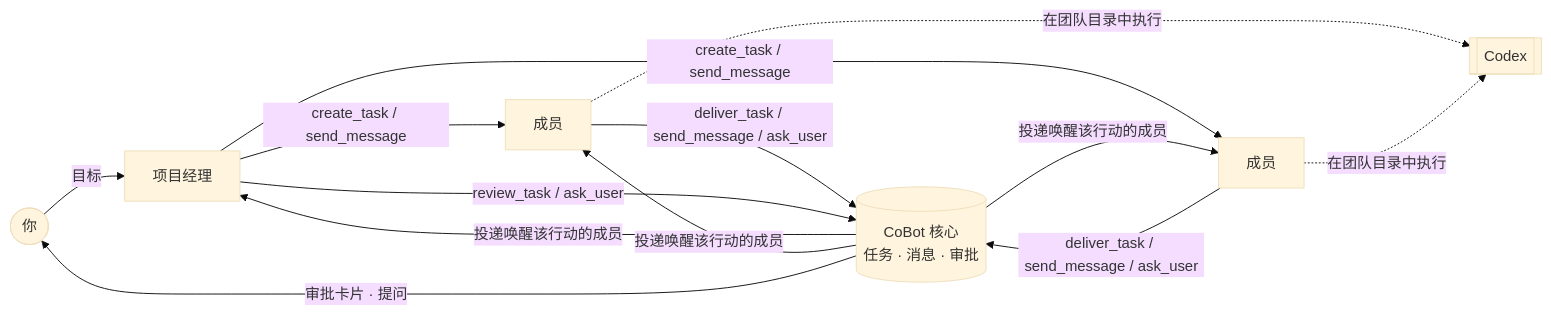
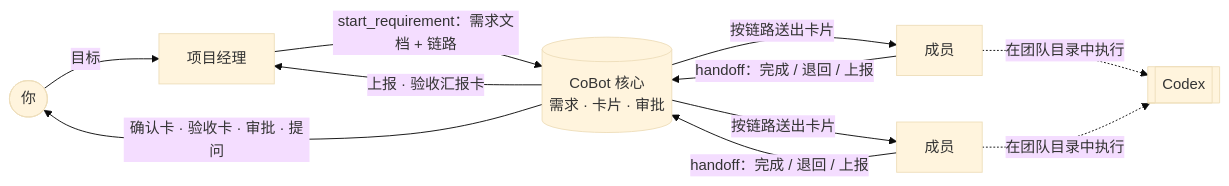
Before and after one commit to kunghim/CoBot: the diagram in README.zh-CN.md, drawn with Mermaid (base theme). The commit also changed other lines of this file and 78 other files, not shown here.

````diff
--- a/README.zh-CN.md
+++ b/README.zh-CN.md
@@ -33,11 +33,10 @@
 ```mermaid
 flowchart LR
     U([你]) -->|目标| L[项目经理]
-    L -->|create_task / send_message| M1[成员]
-    L -->|create_task / send_message| M2[成员]
-    M1 & M2 -->|deliver_task / send_message / ask_user| C[(CoBot 核心<br/>任务 · 消息 · 审批)]
-    L -->|review_task / ask_user| C
-    C -->|投递唤醒该行动的成员| L & M1 & M2
-    C -->|审批卡片 · 提问| U
+    L -->|start_requirement：需求文档 + 链路| C[(CoBot 核心<br/>需求 · 卡片 · 审批)]
+    C -->|按链路送出卡片| M1[成员] & M2[成员]
+    M1 & M2 -->|handoff：完成 / 退回 / 上报| C
+    C -->|上报 · 验收汇报卡| L
+    C -->|确认卡 · 验收卡 · 审批 · 提问| U
     M1 & M2 -. 在团队目录中执行 .-> E[[Codex]]
 ```
````
